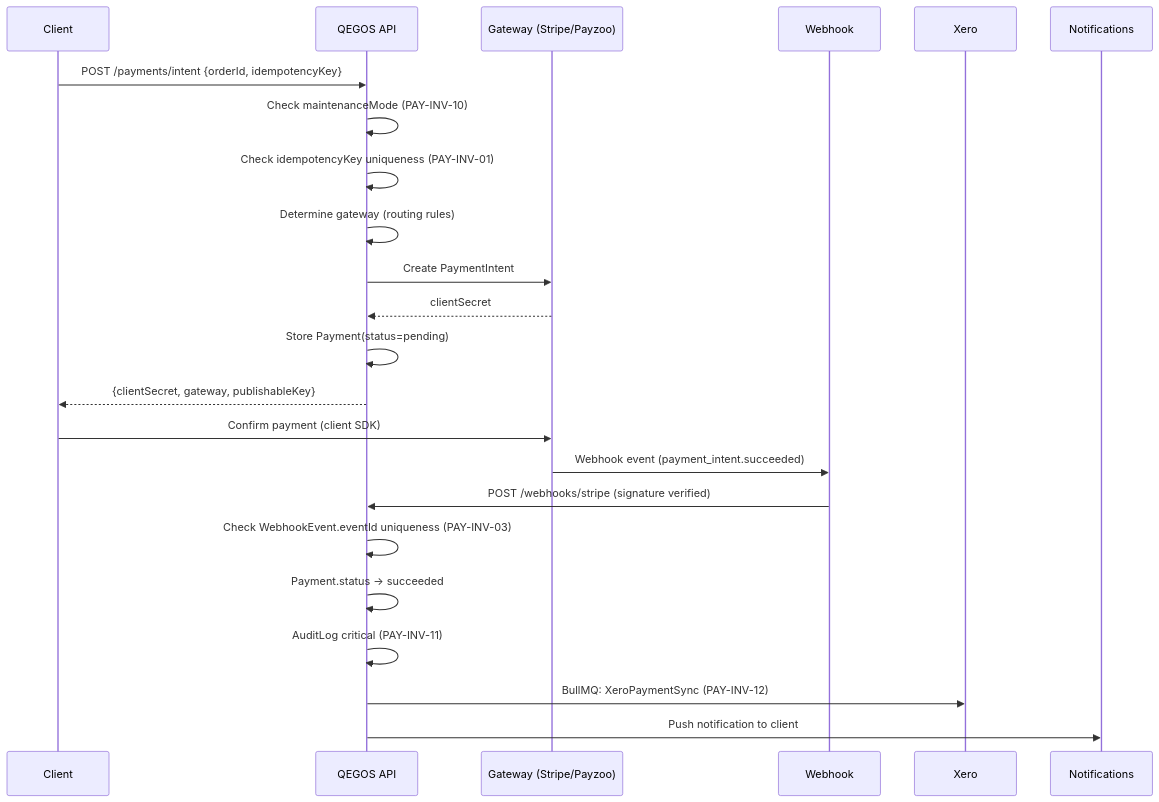
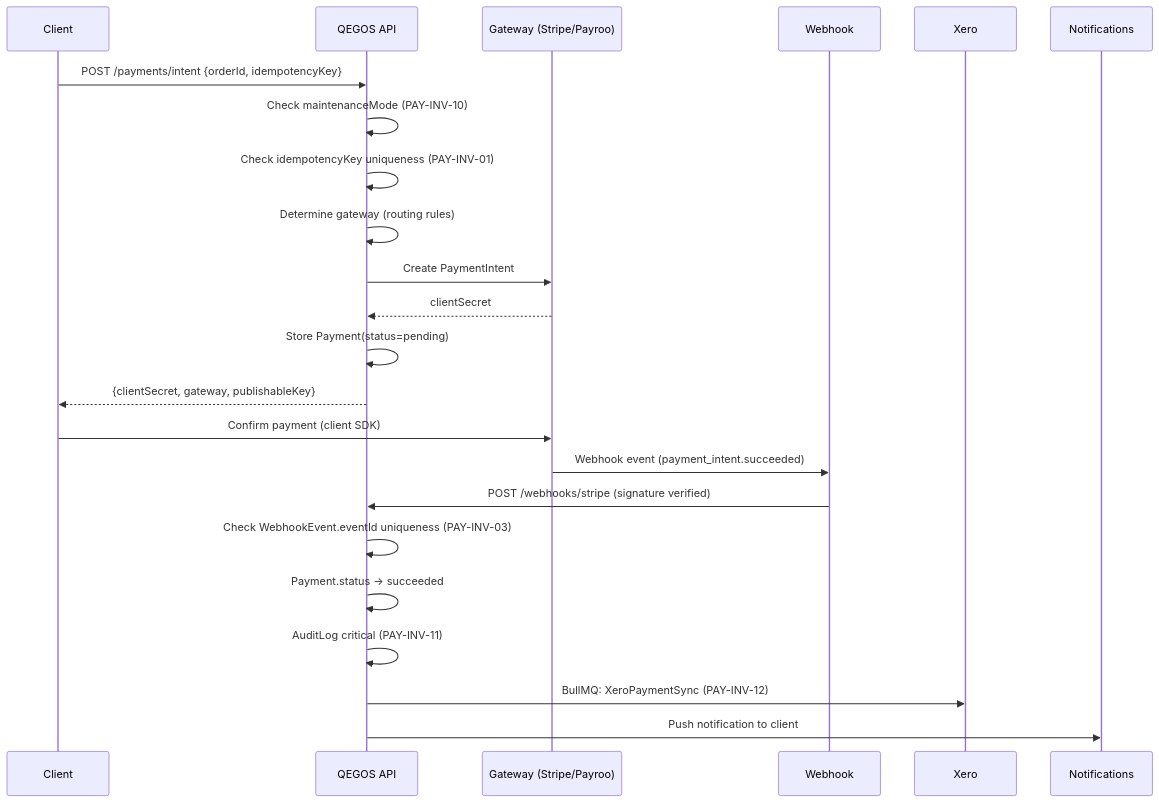
The third of 7 diagrams in docs/03-workflows.md (ekamjit-nugen/qegos), drawn with Mermaid before and after one commit. The commit also changed 39 other files, not shown here.

First line of the commit message:
chore: rename payzoo → payroo across the codebase

````diff
--- a/docs/03-workflows.md
+++ b/docs/03-workflows.md
@@ -167,27 +167,27 @@
 ```mermaid
 sequenceDiagram
     participant C as Client
     participant API as QEGOS API
-    participant GW as Gateway (Stripe/Payzoo)
+    participant GW as Gateway (Stripe/Payroo)
     participant WH as Webhook
     participant X as Xero
     participant N as Notifications
 
     C->>API: POST /payments/intent {orderId, idempotencyKey}
     API->>API: Check maintenanceMode (PAY-INV-10)
     API->>API: Check idempotencyKey uniqueness (PAY-INV-01)
     API->>API: Determine gateway (routing rules)
     API->>GW: Create PaymentIntent
     GW-->>API: clientSecret
     API->>API: Store Payment(status=pending)
     API-->>C: {clientSecret, gateway, publishableKey}
 
     C->>GW: Confirm payment (client SDK)
     GW->>WH: Webhook event (payment_intent.succeeded)
     WH->>API: POST /webhooks/stripe (signature verified)
     API->>API: Check WebhookEvent.eventId uniqueness (PAY-INV-03)
     API->>API: Payment.status -> succeeded
     API->>API: AuditLog critical (PAY-INV-11)
     API->>X: BullMQ: XeroPaymentSync (PAY-INV-12)
     API->>N: Push notification to client
 ```
````
